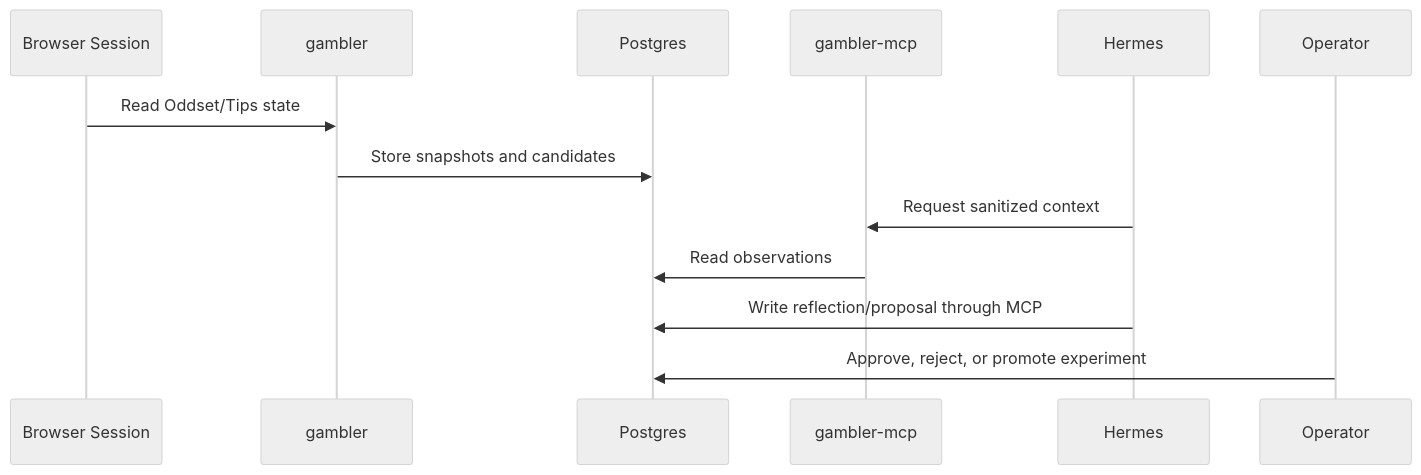
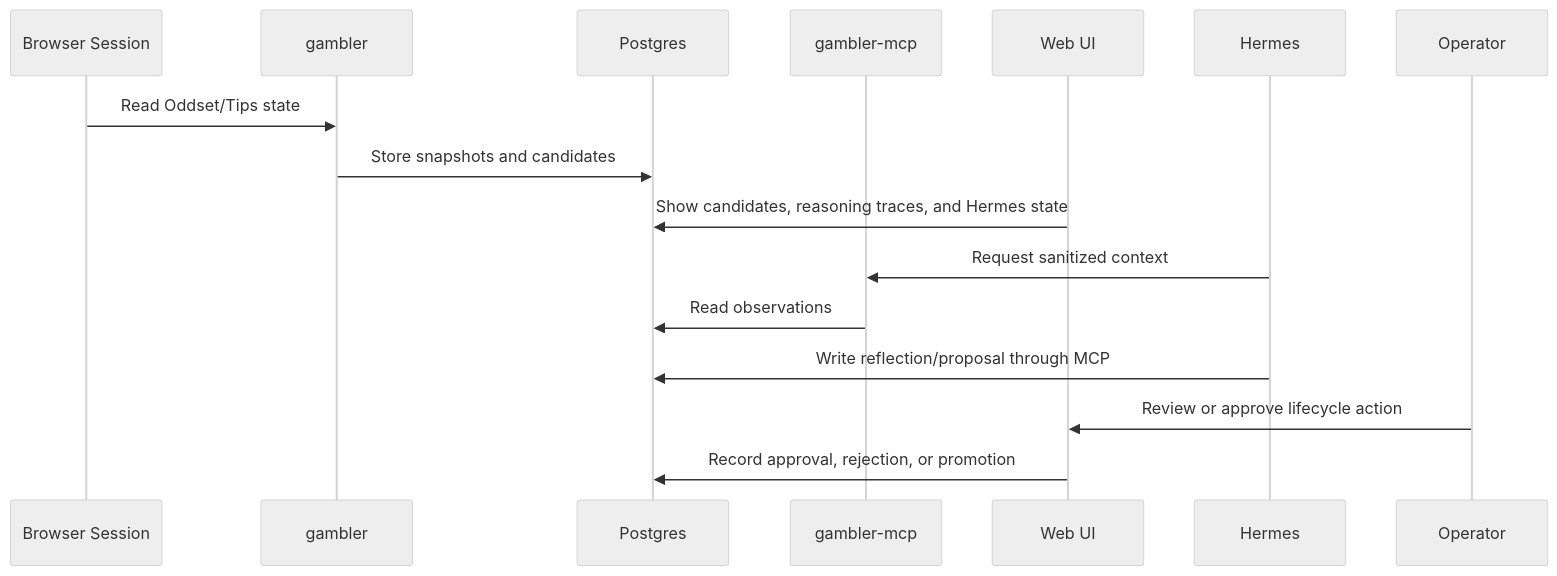
The diagram in docs/hermes-agent.md (simonellefsen/danske-spil), drawn with Mermaid (neutral theme) before and after one commit. The commit also changed other lines of this file and 10 other files, not shown here.

````diff
--- a/docs/hermes-agent.md
+++ b/docs/hermes-agent.md
@@ -85,16 +109,19 @@
 ```mermaid
 sequenceDiagram
   participant B as Browser Session
   participant G as gambler
   participant DB as Postgres
   participant M as gambler-mcp
+  participant UI as Web UI
   participant H as Hermes
   participant O as Operator
 
   B->>G: Read Oddset/Tips state
   G->>DB: Store snapshots and candidates
+  UI->>DB: Show candidates, reasoning traces, and Hermes state
   H->>M: Request sanitized context
   M->>DB: Read observations
   H->>DB: Write reflection/proposal through MCP
-  O->>DB: Approve, reject, or promote experiment
+  O->>UI: Review or approve lifecycle action
+  UI->>DB: Record approval, rejection, or promotion
 ```
````
